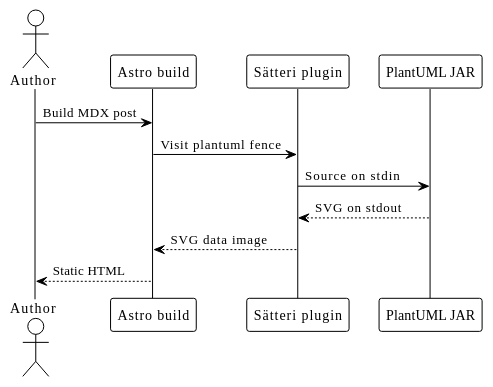
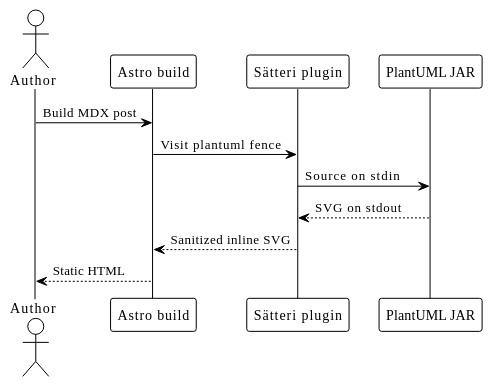
The diagram in src/content/posts/examples/render-plantuml-diagrams-in-astro.mdx (imochoa/astro-blog), drawn with PlantUML before and after one commit. The commit also changed other lines of this file and 15 other files, not shown here.

Commit message:
Add interactive PR and Jira PlantUML diagrams

````diff
--- a/src/content/posts/examples/render-plantuml-diagrams-in-astro.mdx
+++ b/src/content/posts/examples/render-plantuml-diagrams-in-astro.mdx
@@ -19,16 +19,16 @@
 ```plantuml alt="Sequence diagram of Astro sending diagram source to the local PlantUML process and receiving SVG"
 @startuml
 !theme plain
 actor Author
 participant "Astro build" as Astro
 participant "Sätteri plugin" as Plugin
 participant "PlantUML JAR" as PlantUML
 
 Author -> Astro: Build MDX post
 Astro -> Plugin: Visit plantuml fence
 Plugin -> PlantUML: Source on stdin
 PlantUML --> Plugin: SVG on stdout
-Plugin --> Astro: SVG data image
+Plugin --> Astro: Sanitized inline SVG
 Astro --> Author: Static HTML
 @enduml
 ```
````
